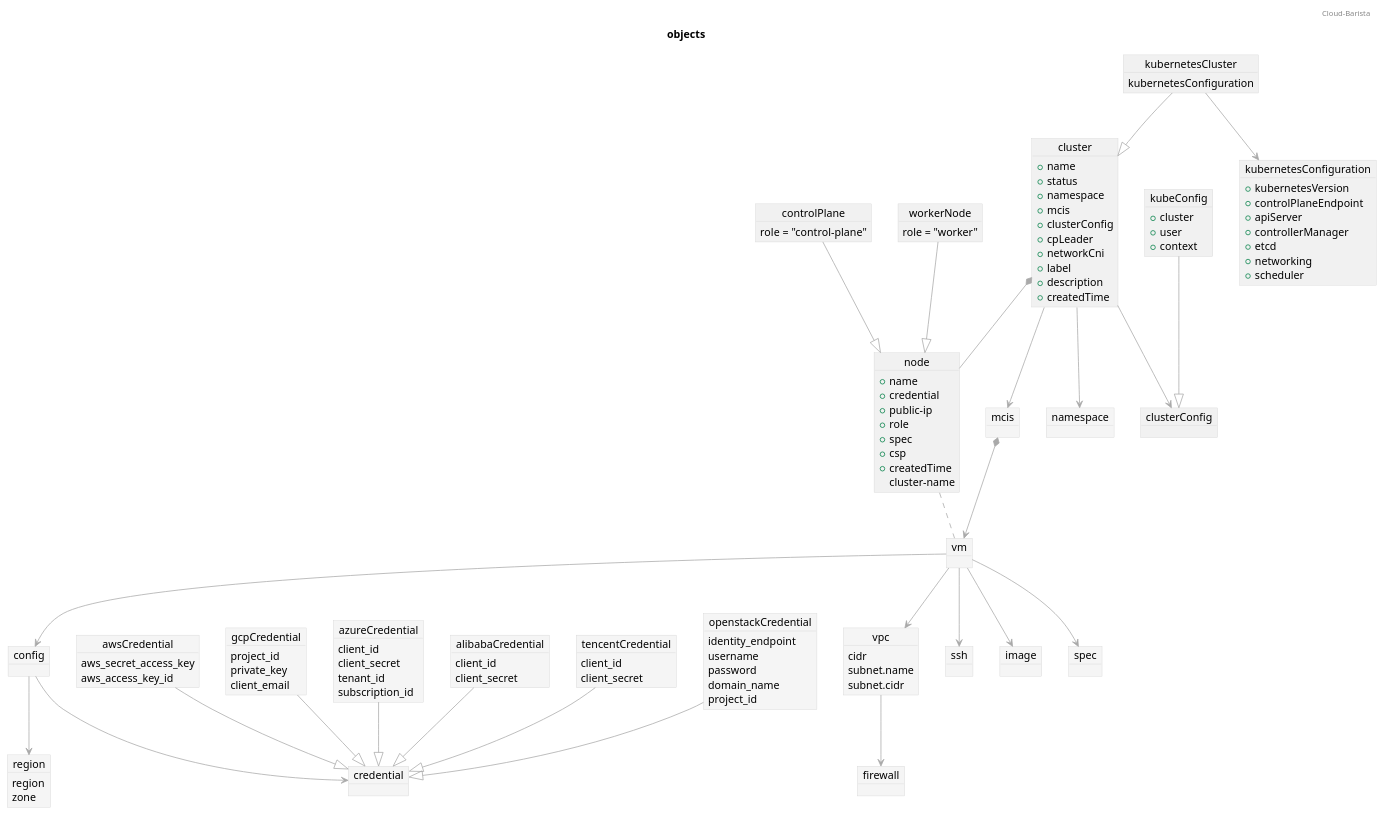
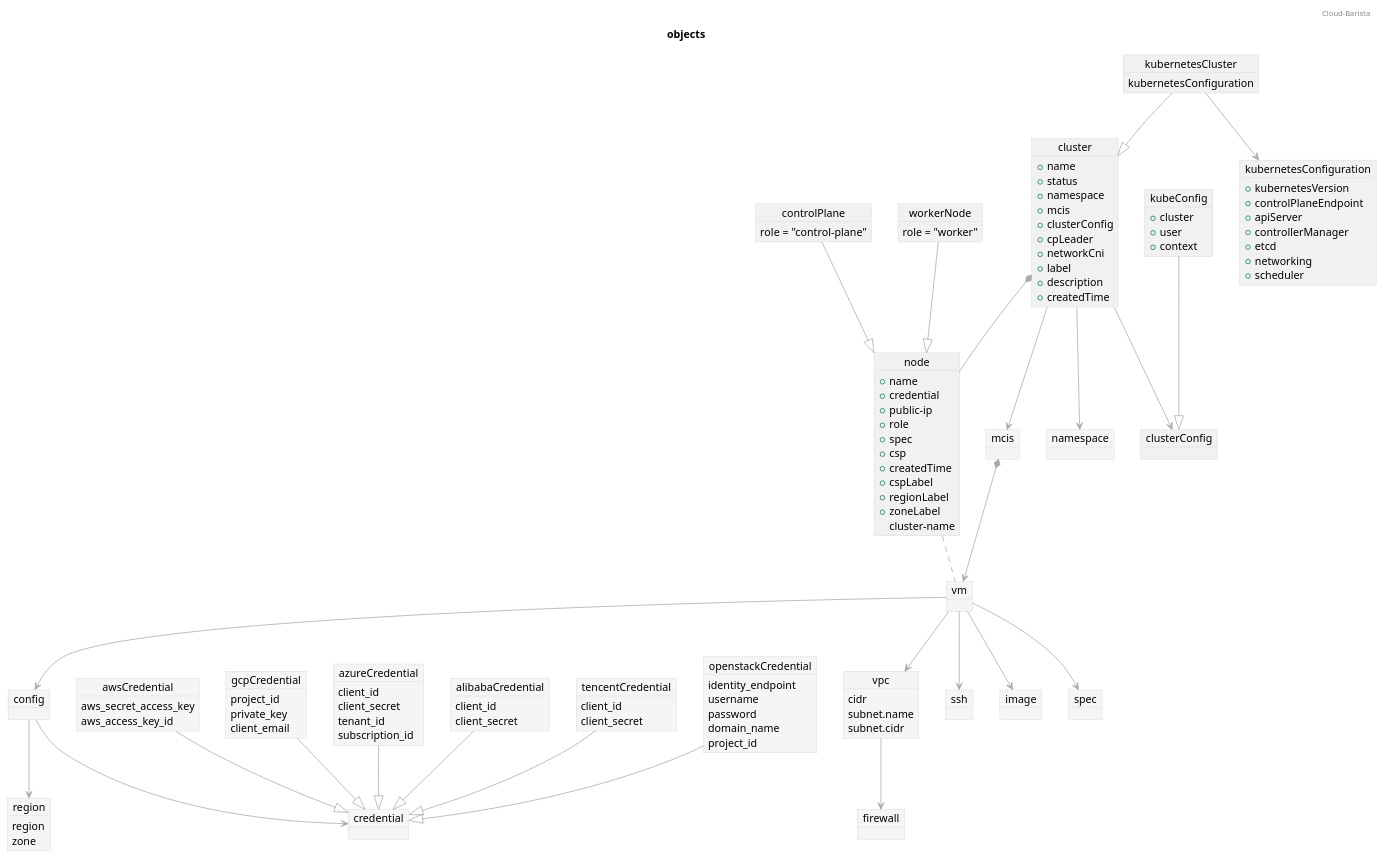
Before and after one commit to cloud-barista/cb-ladybug: the diagram in docs/design/objects.puml, drawn with PlantUML. The commit also changed 11 other files, not shown here.

Commit message:
feat: add entity for node (cspLabel, regionLabel, zoneLabel) (#100)

```diff
--- a/docs/design/objects.puml
+++ b/docs/design/objects.puml
@@ -1,176 +1,179 @@
 @startuml
 
 header Cloud-Barista
 title objects
 skinparam object {
 	' backgroundColor	GreenYellow
 	ArrowColor		DarkGray
 	BorderColor		LightGray
 }
 
 ' # spider ----------------
 object region #WhiteSmoke {
 	region
 	zone
 }
 object credential #WhiteSmoke {
 }
 object awsCredential #WhiteSmoke {
 	aws_secret_access_key
 	aws_access_key_id
 }
 object gcpCredential #WhiteSmoke {
 	project_id
 	private_key
 	client_email
 }
 object azureCredential #WhiteSmoke {
 	client_id
 	client_secret
 	tenant_id	
 	subscription_id
 }
 object alibabaCredential #WhiteSmoke {
 	client_id
 	client_secret
 }
 object tencentCredential #WhiteSmoke {
 	client_id
 	client_secret
 }
 object openstackCredential #WhiteSmoke {
 	identity_endpoint
 	username
 	password
 	domain_name
 	project_id
 }
 
 object config #WhiteSmoke {
 }
 object vm #WhiteSmoke {
 }
 ' }
 awsCredential	--|>	credential
 gcpCredential	--|>	credential
 azureCredential	--|>	credential
 alibabaCredential	--|>	credential
 tencentCredential	--|>	credential
 openstackCredential	--|>	credential
 config			-->		credential
 config			-->		region
 
 ' # tumblebug ----------------
 object namespace #WhiteSmoke {
 }
 object vpc #WhiteSmoke {
 	cidr
 	subnet.name
 	subnet.cidr
 }
 object firewall #WhiteSmoke {
 }
 object ssh #WhiteSmoke {
 }
 object image #WhiteSmoke {
 }
 object spec #WhiteSmoke {
 }
 object mcis #WhiteSmoke {
 }
 
 vpc		-->		firewall
 vm		-->		vpc
 vm		-->		config
 vm		-->		ssh
 vm		-->		image
 vm		-->		spec
 mcis	*-->	vm
 
 
 ' # mcks ----------------
 object cluster {
 	+name
 	+status
 	+namespace
 	+mcis
 	+clusterConfig
 	+cpLeader
 	+networkCni
 	+label
 	+description
 	+createdTime
 }
 object kubernetesCluster {
 	kubernetesConfiguration
 }
 
 object kubernetesConfiguration {
 	+kubernetesVersion
 	+controlPlaneEndpoint
 	+apiServer
 	+controllerManager
 	+etcd
 	+networking
 	+scheduler
 }
 object node  {
 	+name
 	+credential
 	+public-ip
 	+role
 	+spec
 	+csp
 	+createdTime
+	+cspLabel
+	+regionLabel
+	+zoneLabel
 	cluster-name
 }
 object controlPlane  {
 	role = "control-plane"
 }
 object workerNode  {
 	role = "worker"
 }
 
 controlPlane	--|>	node
 workerNode		--|>	node
 
 
 object clusterConfig  {
 }
 
 object kubeConfig  {
 	+cluster
 	+user
 	+context
 }
 
 cluster		-->	 	namespace
 cluster		*--		node
 cluster		-->		mcis
 cluster		-->		clusterConfig
 
 kubernetesCluster	--|>	cluster
 kubernetesCluster	-->		kubernetesConfiguration
 node				..		vm
 
 kubeConfig		--|>	clusterConfig
 
 
 '' # mcks controller ----------------
 'object clusterDeployment #GreenYellow {
 '	+namespace
 '	+mcis
 '	+controlPlaneCount
 '	+wokrerCount
 '}
 'object nodeSet #GreenYellow {
 '	+replicas
 '}
 
 
 'clusterDeployment	-->		cluster
 'clusterDeployment	..>		mcis
 'nodeSet				*-->	node
 'nodeSet				..		clusterDeployment
 
 @enduml
```
